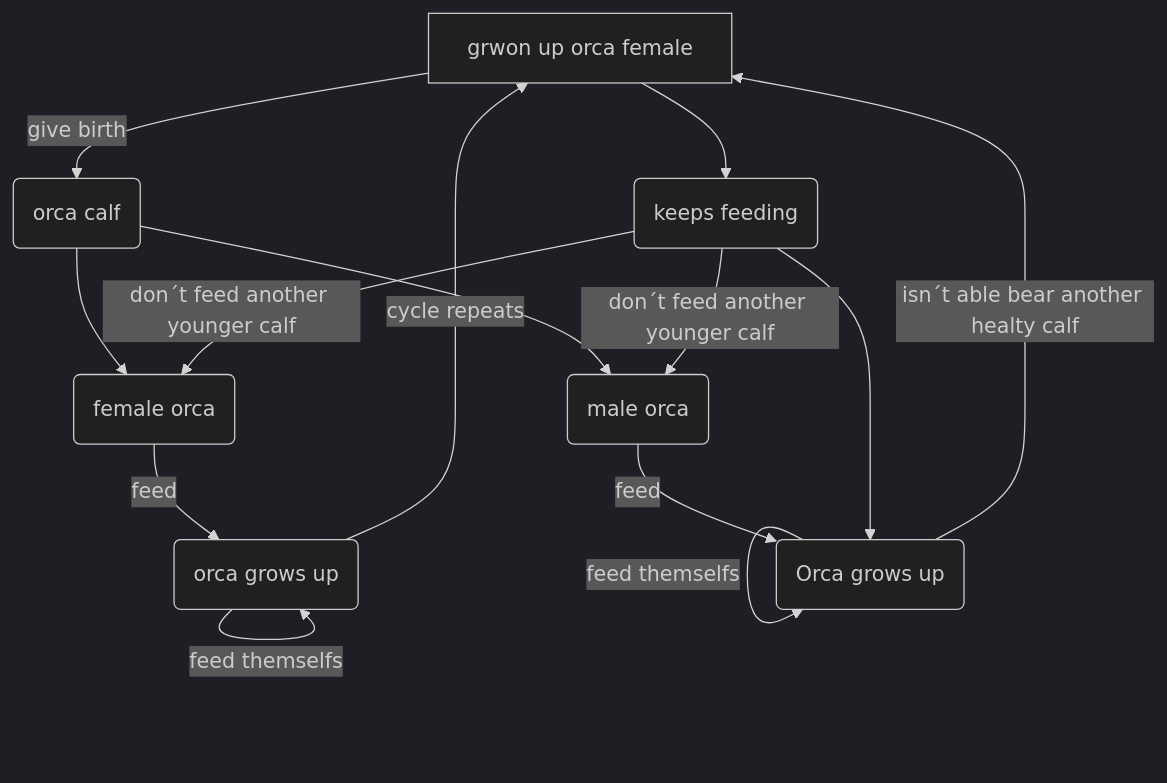
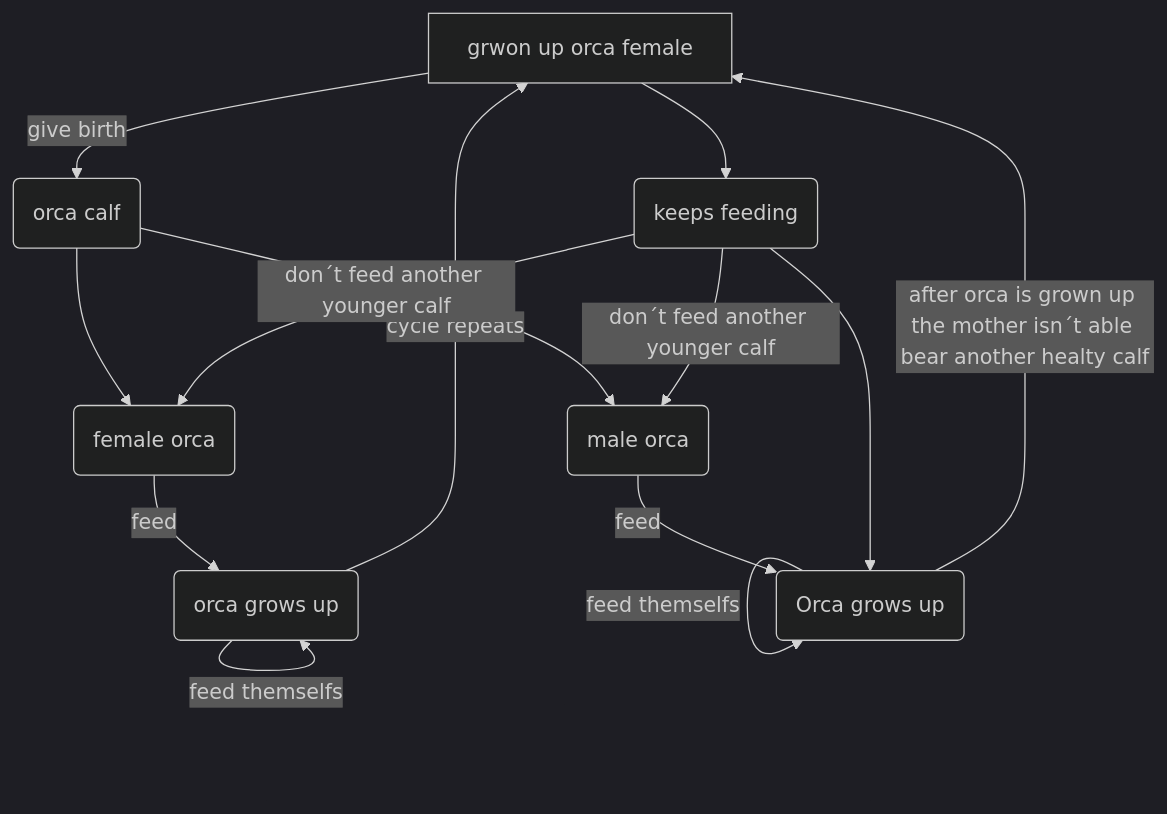
The ninth of 13 diagrams in BOB_concept_maps.md (TUBAF-IUZ-LiaScript/EF_BOB_23), drawn with Mermaid (dark theme) before and after one commit.

Commit message:
modify YH

````diff
--- a/BOB_concept_maps.md
+++ b/BOB_concept_maps.md
@@ -216,17 +216,17 @@
 ```mermaid @mermaid
-flowchart TD
+flowchart TB
     A[grwon up orca female ] -->|give birth | B(orca calf )
     B --> C(female orca )
     B-->D(male orca)
     C -->|feed| F(orca grows up)
     F --> |feed themselfs| F
     F --> |cycle repeats| A
     D --> |feed| G(Orca grows up)
     G --> |feed themselfs| G
     A--> H(keeps feeding)
     H -->G
-    G --> |isn´t able bear another healty calf|A
+    G --> |after orca is grown up the mother isn´t able bear another healty calf|A
     H --> |don´t feed another younger calf| C
     H --> |don´t feed another younger calf| D
 
 ```
````
